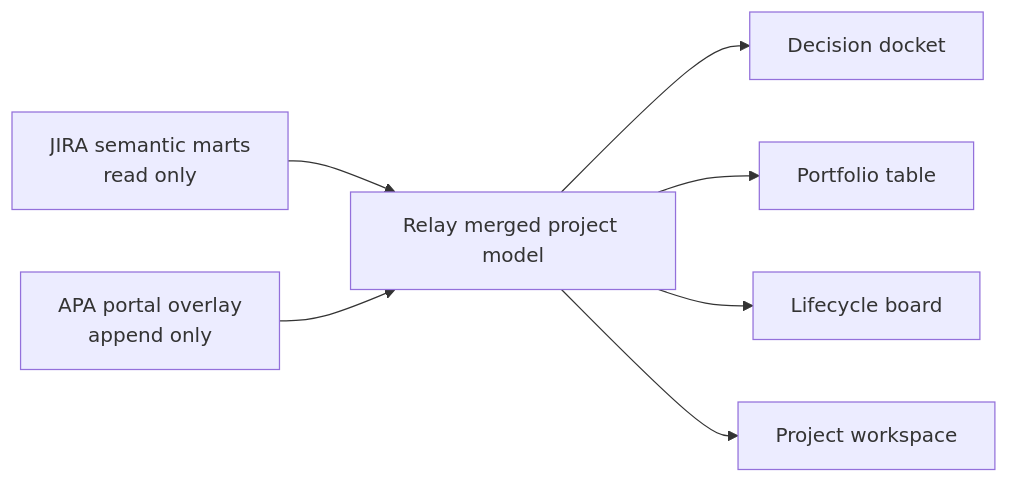
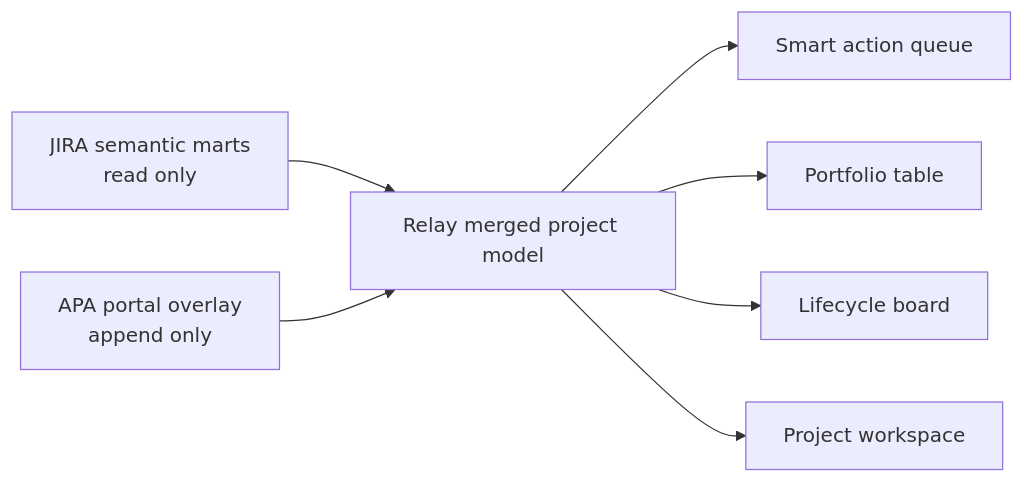
Before and after one commit to aurealis-info/dashboard_streamlit_mvp_agent_local: the diagram in README.md, drawn with Mermaid. The commit also changed other lines of this file and 17 other files, not shown here.

````diff
--- a/README.md
+++ b/README.md
@@ -51,9 +52,9 @@
 ```mermaid
 flowchart LR
   A["JIRA semantic marts\nread only"] --> C["Relay merged project model"]
   B["APA portal overlay\nappend only"] --> C
-  C --> D["Decision docket"]
+  C --> D["Smart action queue"]
   C --> E["Portfolio table"]
   C --> F["Lifecycle board"]
   C --> G["Project workspace"]
 ```
````
